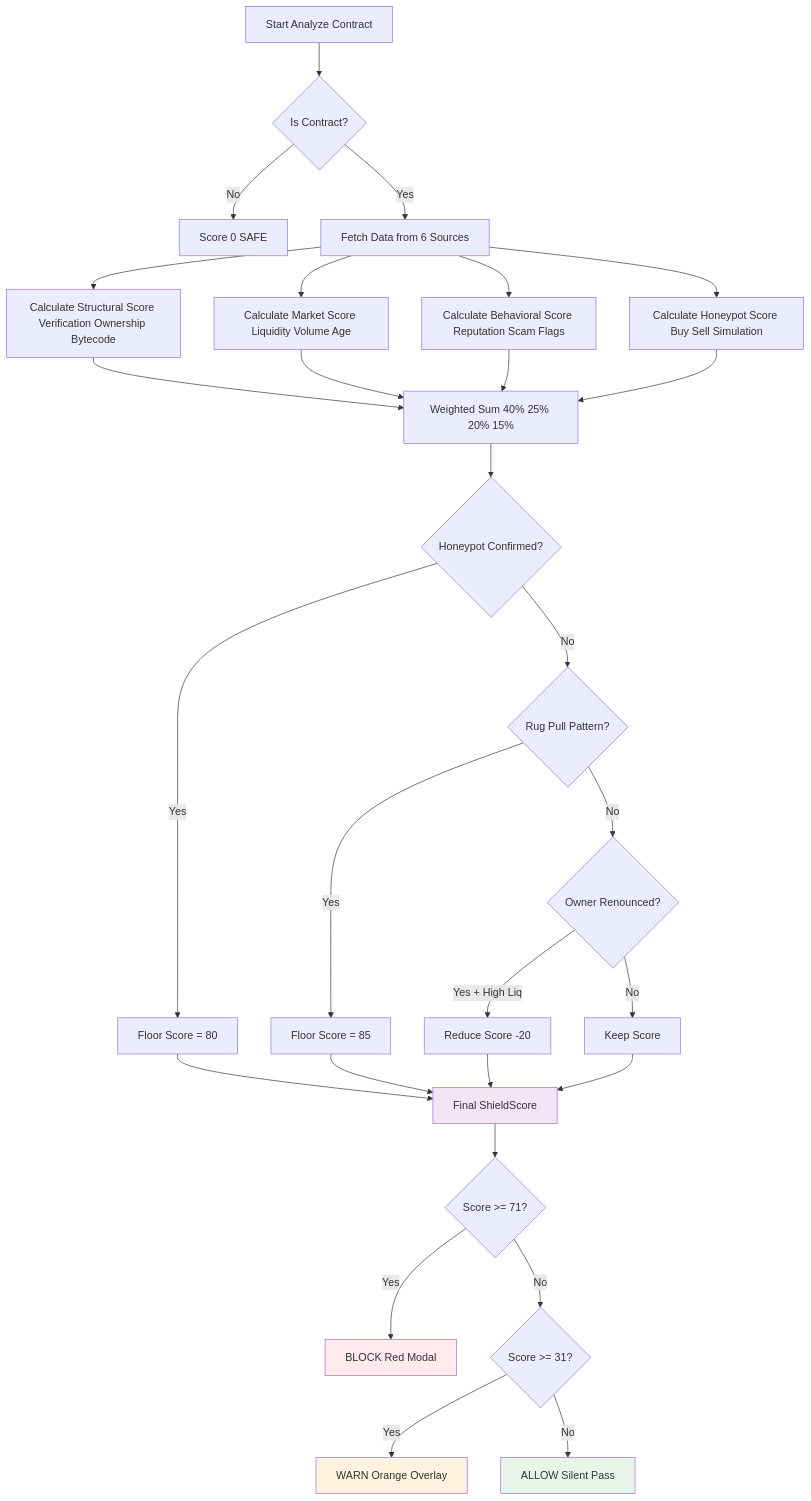
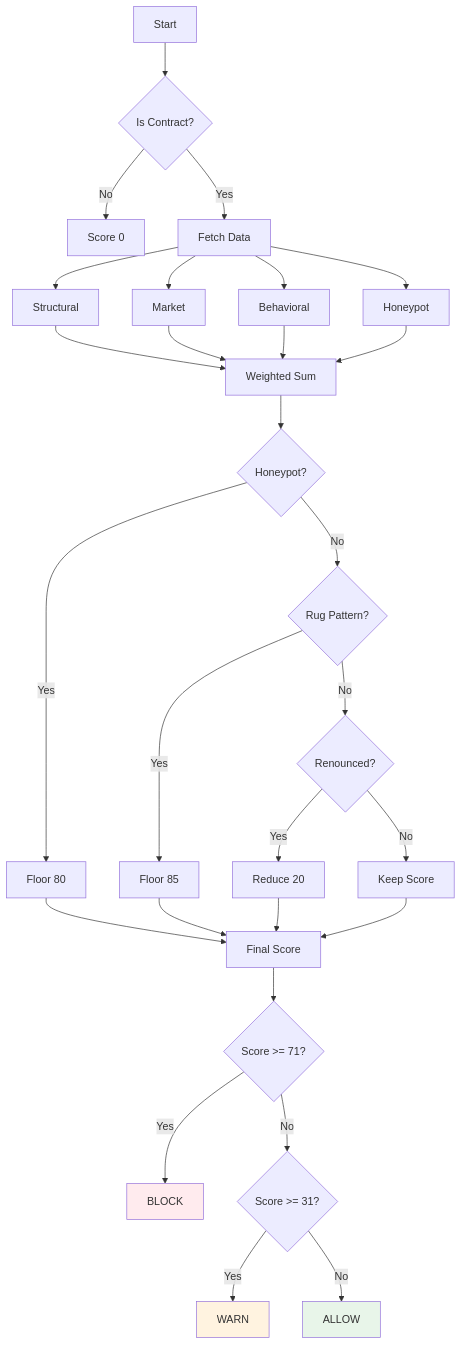
One commit to Ridwannurudeen/shieldbot changed the sixth of 6 diagrams in docs/ARCHITECTURE_DIAGRAM.md. Above: the diagram before and after it, drawn with Mermaid. The commit also changed other lines of this file, not shown here.

Commit message:
Simplify Mermaid diagrams for GitHub compatibility

````diff
--- a/docs/ARCHITECTURE_DIAGRAM.md
+++ b/docs/ARCHITECTURE_DIAGRAM.md
@@ -296,42 +155,41 @@
 ```mermaid
-graph TD
-    A[Start Analyze Contract] --> B{Is Contract?}
-    B -->|No| C[Score 0 SAFE]
-    B -->|Yes| D[Fetch Data from 6 Sources]
+flowchart TD
+    A[Start] --> B{Is Contract?}
+    B -->|No| C[Score 0]
+    B -->|Yes| D[Fetch Data]
 
-    D --> E[Calculate Structural Score Verification Ownership Bytecode]
-    D --> F[Calculate Market Score Liquidity Volume Age]
-    D --> G[Calculate Behavioral Score Reputation Scam Flags]
-    D --> H[Calculate Honeypot Score Buy Sell Simulation]
+    D --> E[Structural]
+    D --> F[Market]
+    D --> G[Behavioral]
+    D --> H[Honeypot]
 
-    E --> I[Weighted Sum 40% 25% 20% 15%]
+    E --> I[Weighted Sum]
     F --> I
     G --> I
     H --> I
 
-    I --> J{Honeypot Confirmed?}
-    J -->|Yes| K[Floor Score = 80]
-    J -->|No| L{Rug Pull Pattern?}
+    I --> J{Honeypot?}
+    J -->|Yes| K[Floor 80]
+    J -->|No| L{Rug Pattern?}
 
-    L -->|Yes| M[Floor Score = 85]
-    L -->|No| N{Owner Renounced?}
+    L -->|Yes| M[Floor 85]
+    L -->|No| N{Renounced?}
 
-    N -->|Yes + High Liq| O[Reduce Score -20]
+    N -->|Yes| O[Reduce 20]
     N -->|No| P[Keep Score]
 
-    K --> Q[Final ShieldScore]
+    K --> Q[Final Score]
     M --> Q
     O --> Q
     P --> Q
 
     Q --> R{Score >= 71?}
-    R -->|Yes| S[BLOCK Red Modal]
+    R -->|Yes| S[BLOCK]
     R -->|No| T{Score >= 31?}
-    T -->|Yes| U[WARN Orange Overlay]
-    T -->|No| V[ALLOW Silent Pass]
+    T -->|Yes| U[WARN]
+    T -->|No| V[ALLOW]
 
     style S fill:#ffebee
     style U fill:#fff3e0
     style V fill:#e8f5e9
-    style Q fill:#f3e5f5
 ```
````
